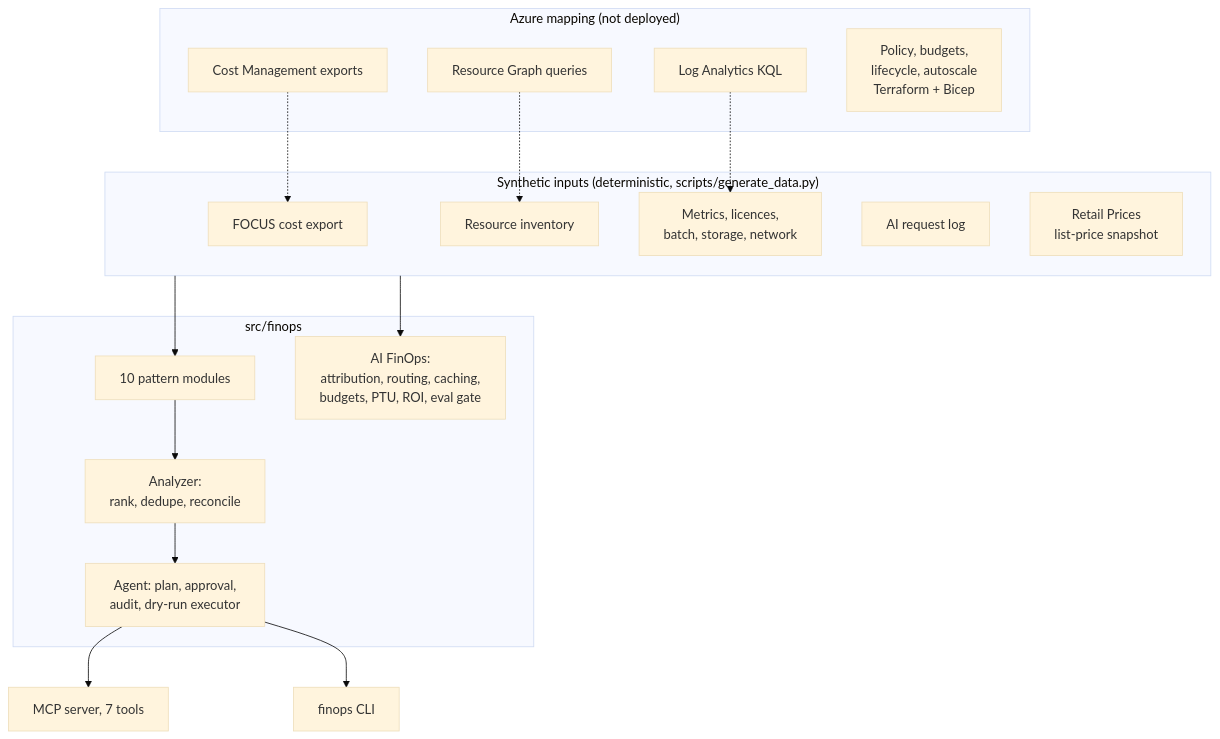
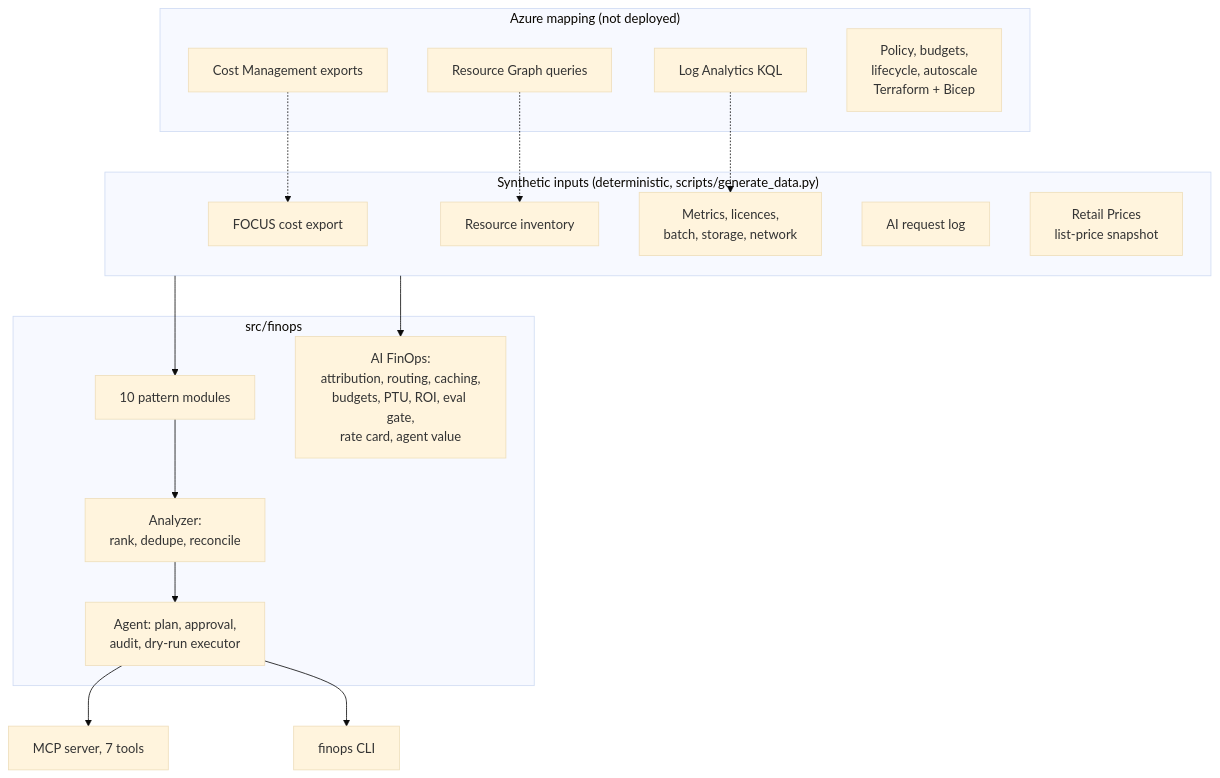
The diagram in README.md (jagadishmazure-jpg/Jagadish-azure-finops), drawn with Mermaid (base theme) before and after one commit. The commit also changed other lines of this file and 20 other files, not shown here.

First line of the commit message:
Add a GPT-6.2 rate card and offline routing cost model (#6)

````diff
--- a/README.md
+++ b/README.md
@@ -102,29 +136,29 @@
 ```mermaid
 flowchart TB
   subgraph Data["Synthetic inputs (deterministic, scripts/generate_data.py)"]
     FOCUS[FOCUS cost export]
     INV[Resource inventory]
     MET[Metrics, licences,<br/>batch, storage, network]
     AIL[AI request log]
     PR[Retail Prices<br/>list-price snapshot]
   end
   subgraph Engine["src/finops"]
     PAT[10 pattern modules]
-    AI[AI FinOps:<br/>attribution, routing, caching,<br/>budgets, PTU, ROI, eval gate]
+    AI[AI FinOps:<br/>attribution, routing, caching,<br/>budgets, PTU, ROI, eval gate,<br/>rate card, agent value]
     AN[Analyzer:<br/>rank, dedupe, reconcile]
     AG[Agent: plan, approval,<br/>audit, dry-run executor]
   end
   Data --> PAT & AI
   PAT --> AN --> AG
   AG --> MCP[MCP server, 7 tools]
   AG --> CLI[finops CLI]
   subgraph Azure["Azure mapping (not deployed)"]
     CM[Cost Management exports]
     ARG[Resource Graph queries]
     LA[Log Analytics KQL]
     POL[Policy, budgets,<br/>lifecycle, autoscale<br/>Terraform + Bicep]
   end
   CM -.-> FOCUS
   ARG -.-> INV
   LA -.-> MET
 ```
````
